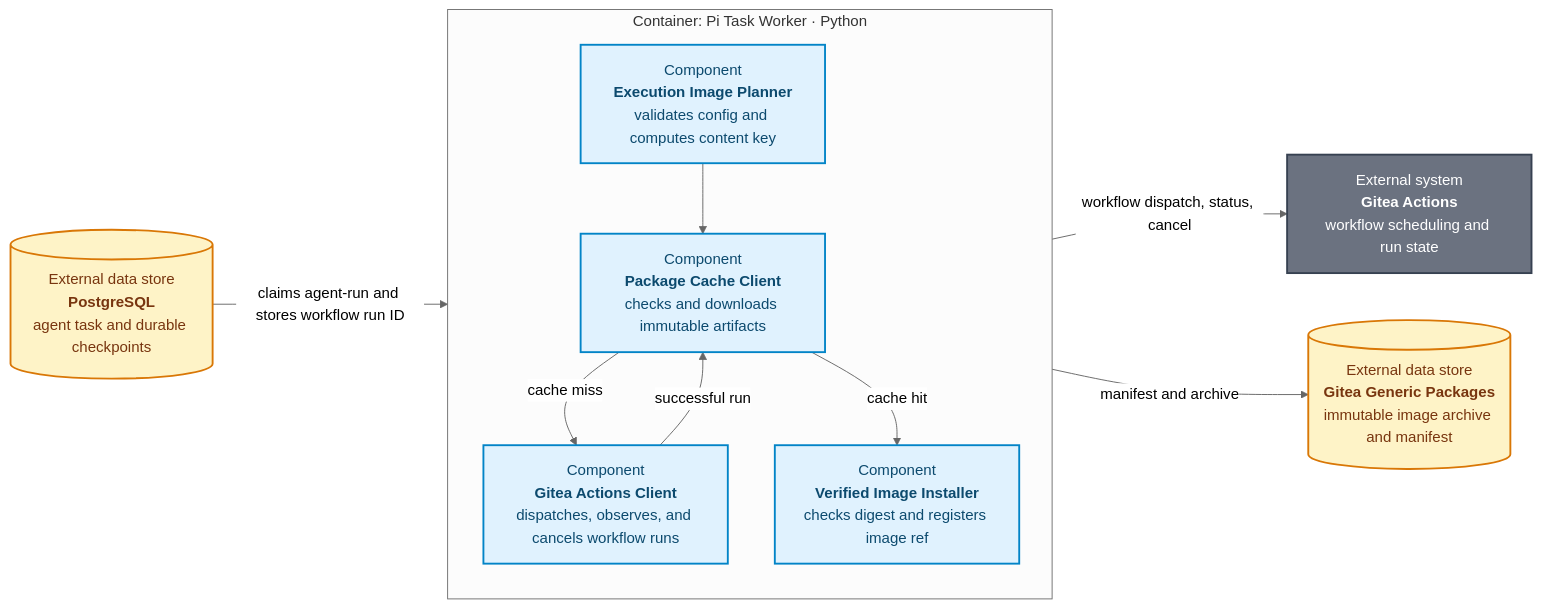
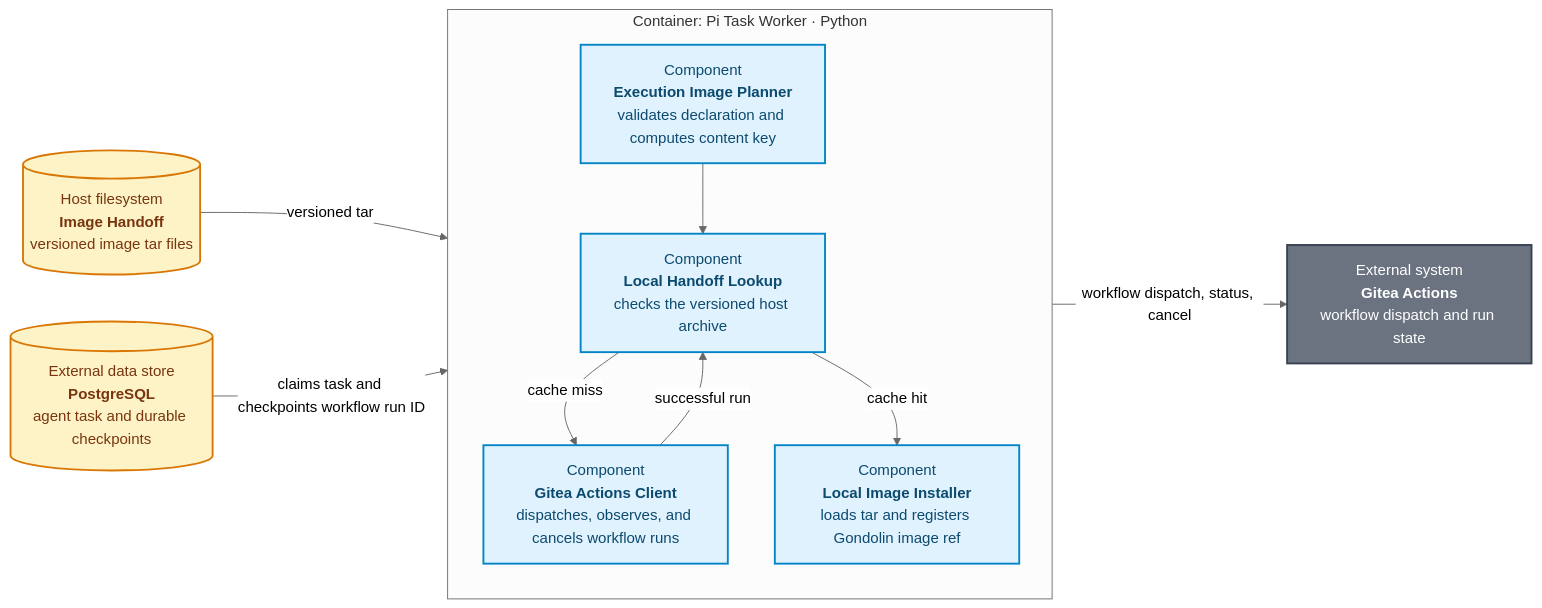
Before and after one commit to ragavsathish/agent-workload-platform: the diagram in products/voice-agent/docs/architecture/c3-image-build-worker.mmd, drawn with Mermaid (neutral theme). The commit also changed 87 other files, not shown here.

Commit message:
Move image builds to host Docker API and simplify tooling

```diff
--- a/products/voice-agent/docs/architecture/c3-image-build-worker.mmd
+++ b/products/voice-agent/docs/architecture/c3-image-build-worker.mmd
@@ -1,27 +1,27 @@
 flowchart LR
     TASK[(External data store<br/><b>PostgreSQL</b><br/>agent task and durable checkpoints)]
-    GITEA[External system<br/><b>Gitea Actions</b><br/>workflow scheduling and run state]
-    PACKAGES[(External data store<br/><b>Gitea Generic Packages</b><br/>immutable image archive and manifest)]
+    GITEA[External system<br/><b>Gitea Actions</b><br/>workflow dispatch and run state]
+    HANDOFF[(Host filesystem<br/><b>Image Handoff</b><br/>versioned image tar files)]
 
     subgraph WORKER["Container: Pi Task Worker · Python"]
         direction TB
-        PLAN["Component<br/><b>Execution Image Planner</b><br/>validates config and computes content key"]
-        CACHE["Component<br/><b>Package Cache Client</b><br/>checks and downloads immutable artifacts"]
+        PLAN["Component<br/><b>Execution Image Planner</b><br/>validates declaration and computes content key"]
+        CACHE["Component<br/><b>Local Handoff Lookup</b><br/>checks the versioned host archive"]
         ACTIONS["Component<br/><b>Gitea Actions Client</b><br/>dispatches, observes, and cancels workflow runs"]
-        INSTALL["Component<br/><b>Verified Image Installer</b><br/>checks digest and registers image ref"]
+        INSTALL["Component<br/><b>Local Image Installer</b><br/>loads tar and registers Gondolin image ref"]
         PLAN --> CACHE
         CACHE -->|"cache miss"| ACTIONS
         CACHE -->|"cache hit"| INSTALL
         ACTIONS -->|"successful run"| CACHE
     end
 
-    TASK -->|"claims agent-run and stores workflow run ID"| WORKER
+    TASK -->|"claims task and checkpoints workflow run ID"| WORKER
     ACTIONS -->|"workflow dispatch, status, cancel"| GITEA
-    CACHE -->|"manifest and archive"| PACKAGES
+    HANDOFF -->|"versioned tar"| INSTALL
 
     classDef component fill:#e0f2fe,color:#0c4a6e,stroke:#0284c7,stroke-width:2px;
     classDef external fill:#6b7280,color:#fff,stroke:#374151,stroke-width:2px;
     classDef data fill:#fef3c7,color:#78350f,stroke:#d97706,stroke-width:2px;
     class PLAN,CACHE,ACTIONS,INSTALL component;
     class GITEA external;
-    class TASK,PACKAGES data;
+    class TASK,HANDOFF data;
```
